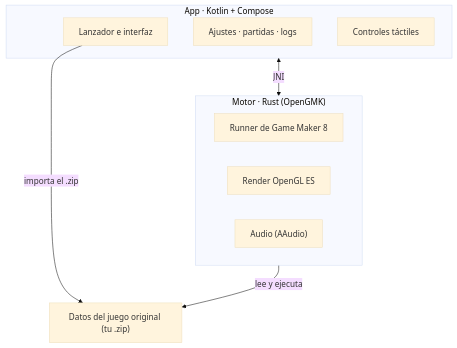
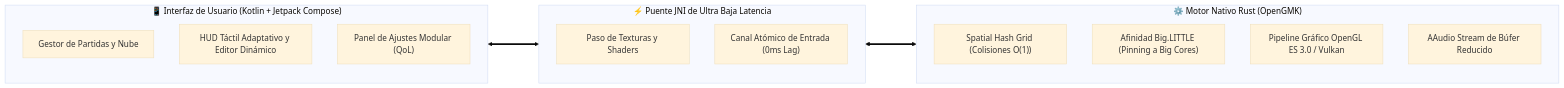
One commit to Alexpix0/PKMON-RELOADED-ANDROID changed the diagram in README.md. Above: the diagram before and after it, drawn with Mermaid (base theme). The commit also changed other lines of this file and 1 other file, not shown here.

````diff
--- a/README.md
+++ b/README.md
@@ -41,20 +32,22 @@
 ```mermaid
-flowchart TB
-    subgraph app["App · Kotlin + Compose"]
-        launcher["Lanzador e interfaz"]
-        ajustes["Ajustes · partidas · logs"]
-        overlay["Controles táctiles"]
+flowchart LR
+    subgraph UI["📱 Interfaz de Usuario (Kotlin + Jetpack Compose)"]
+        A1["Gestor de Partidas y Nube"]
+        A2["HUD Táctil Adaptativo y Editor Dinámico"]
+        A3["Panel de Ajustes Modular (QoL)"]
     end
 
-    subgraph engine["Motor · Rust (OpenGMK)"]
-        runner["Runner de Game Maker 8"]
-        render["Render OpenGL ES"]
-        audio["Audio (AAudio)"]
+    subgraph Bridge["⚡ Puente JNI de Ultra Baja Latencia"]
+        B1["Paso de Texturas y Shaders"]
+        B2["Canal Atómico de Entrada (0ms Lag)"]
     end
 
-    juego["Datos del juego original (tu .zip)"]
+    subgraph Engine["⚙️ Motor Nativo Rust (OpenGMK)"]
+        C1["Spatial Hash Grid (Colisiones O(1))"]
+        C2["Afinidad Big.LITTLE (Pinning a Big Cores)"]
+        C3["Pipeline Gráfico OpenGL ES 3.0 / Vulkan"]
+        C4["AAudio Stream de Búfer Reducido"]
+    end
 
-    launcher -->|importa el .zip| juego
-    app <-->|JNI| engine
-    engine -->|lee y ejecuta| juego
+    UI <===> Bridge <===> Engine
 ```
````
